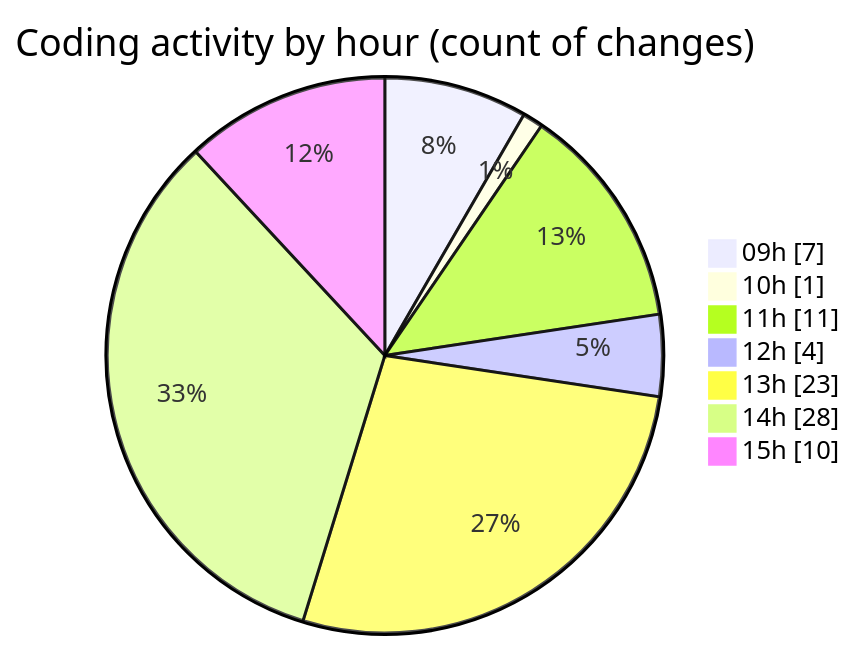
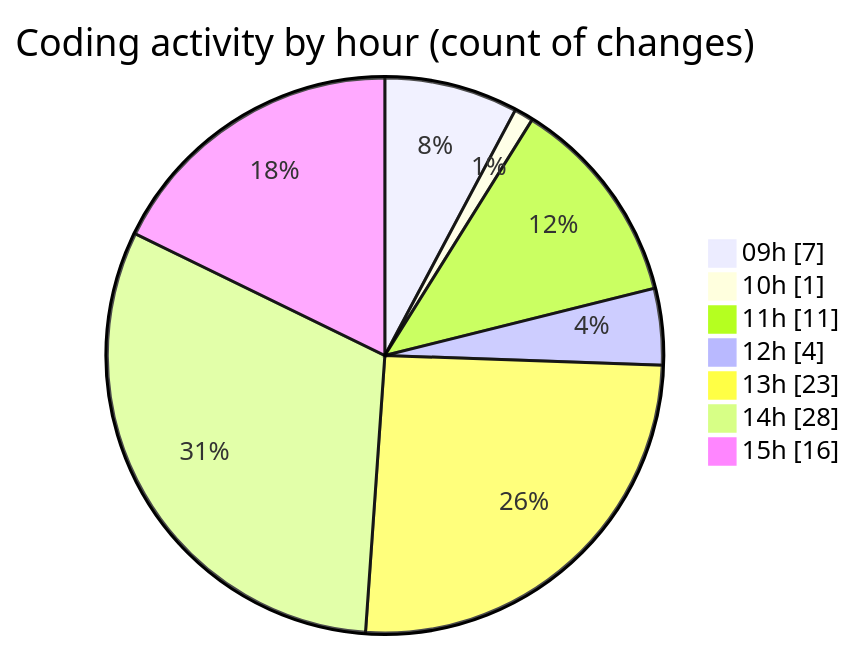
One commit to momahboobian/code-tracking changed the second of 2 diagrams in 2026-04-22/cda/README.md. Above: the diagram before and after it, drawn with Mermaid. The commit also changed other lines of this file and 1 other file, not shown here.

````diff
--- a/2026-04-22/cda/README.md
+++ b/2026-04-22/cda/README.md
@@ -41,11 +41,11 @@
 ```mermaid
 pie showData
 title Coding activity by hour (count of changes)
 "09h" : 7
 "10h" : 1
 "11h" : 11
 "12h" : 4
 "13h" : 23
 "14h" : 28
-"15h" : 10
+"15h" : 16
 ```
````
